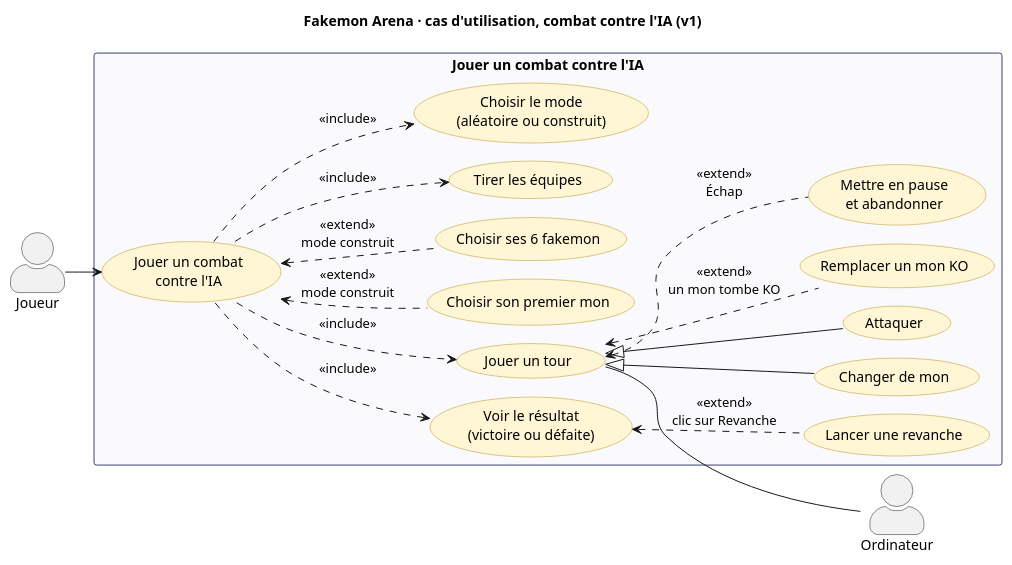
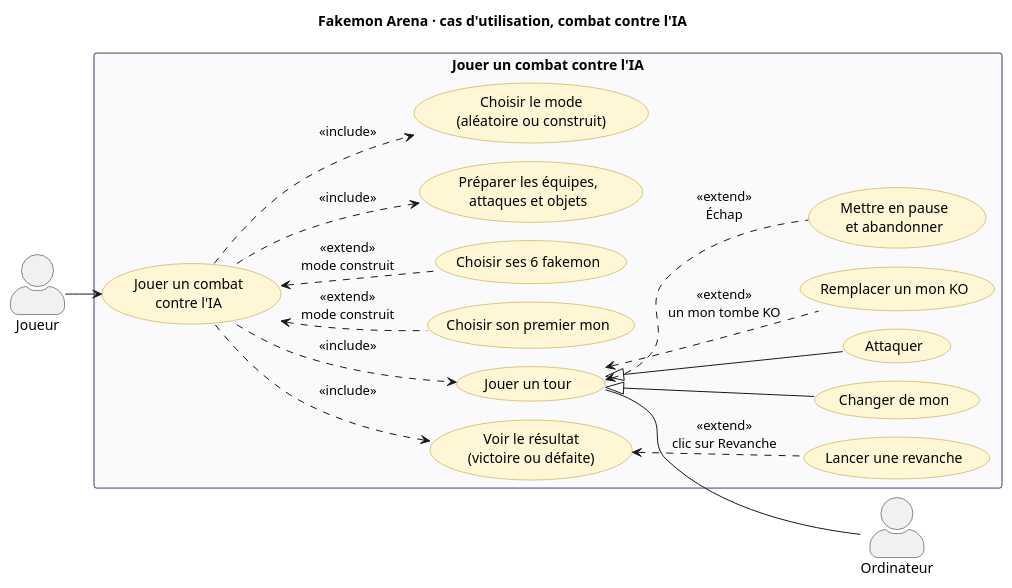
Before and after one commit to OnerAliCan/fakemon-arena: the diagram in docs/uml/cu-combat-ia.puml, drawn with PlantUML. The commit also changed 22 other files, not shown here.

First line of the commit message:
docs: actualise le guide du jeu et les parcours UML (#30) (#78)

```diff
--- a/docs/uml/cu-combat-ia.puml
+++ b/docs/uml/cu-combat-ia.puml
@@ -1,47 +1,47 @@
 @startuml cu-combat-ia
 !pragma layout smetana
 left to right direction
 skinparam actorStyle awesome
 skinparam defaultFontName Segoe UI
 skinparam usecase {
   BackgroundColor #FFF6D6
   BorderColor #B8901A
 }
 skinparam rectangle {
   BorderColor #3A4170
   BackgroundColor #FAFAFD
 }
-title Fakemon Arena · cas d'utilisation, combat contre l'IA (v1)
+title Fakemon Arena · cas d'utilisation, combat contre l'IA
 
 actor "Joueur" as joueur
 actor "Ordinateur" as ia
 
 rectangle "Jouer un combat contre l'IA" {
   usecase "Jouer un combat\ncontre l'IA" as jouerIA
   usecase "Lancer une revanche" as revanche
   usecase "Voir le résultat\n(victoire ou défaite)" as resultat
   usecase "Remplacer un mon KO" as ko
   usecase "Mettre en pause\net abandonner" as pause
   usecase "Changer de mon" as changer
   usecase "Attaquer" as attaquer
   usecase "Jouer un tour" as tour
   usecase "Choisir son premier mon" as premier
   usecase "Choisir ses 6 fakemon" as choisir6
-  usecase "Tirer les équipes" as tirer
+  usecase "Préparer les équipes,\nattaques et objets" as tirer
   usecase "Choisir le mode\n(aléatoire ou construit)" as mode
 }
 
 joueur --> jouerIA
 jouerIA ..> mode : <<include>>
 jouerIA ..> tirer : <<include>>
 jouerIA <.. choisir6 : <<extend>>\nmode construit
 jouerIA <.. premier : <<extend>>\nmode construit
 jouerIA ..> tour : <<include>>
 jouerIA ..> resultat : <<include>>
 tour <|-- attaquer
 tour <|-- changer
 tour <.. pause : <<extend>>\nÉchap
 tour <.. ko : <<extend>>\nun mon tombe KO
 resultat <.. revanche : <<extend>>\nclic sur Revanche
 tour -- ia
 @enduml
```
